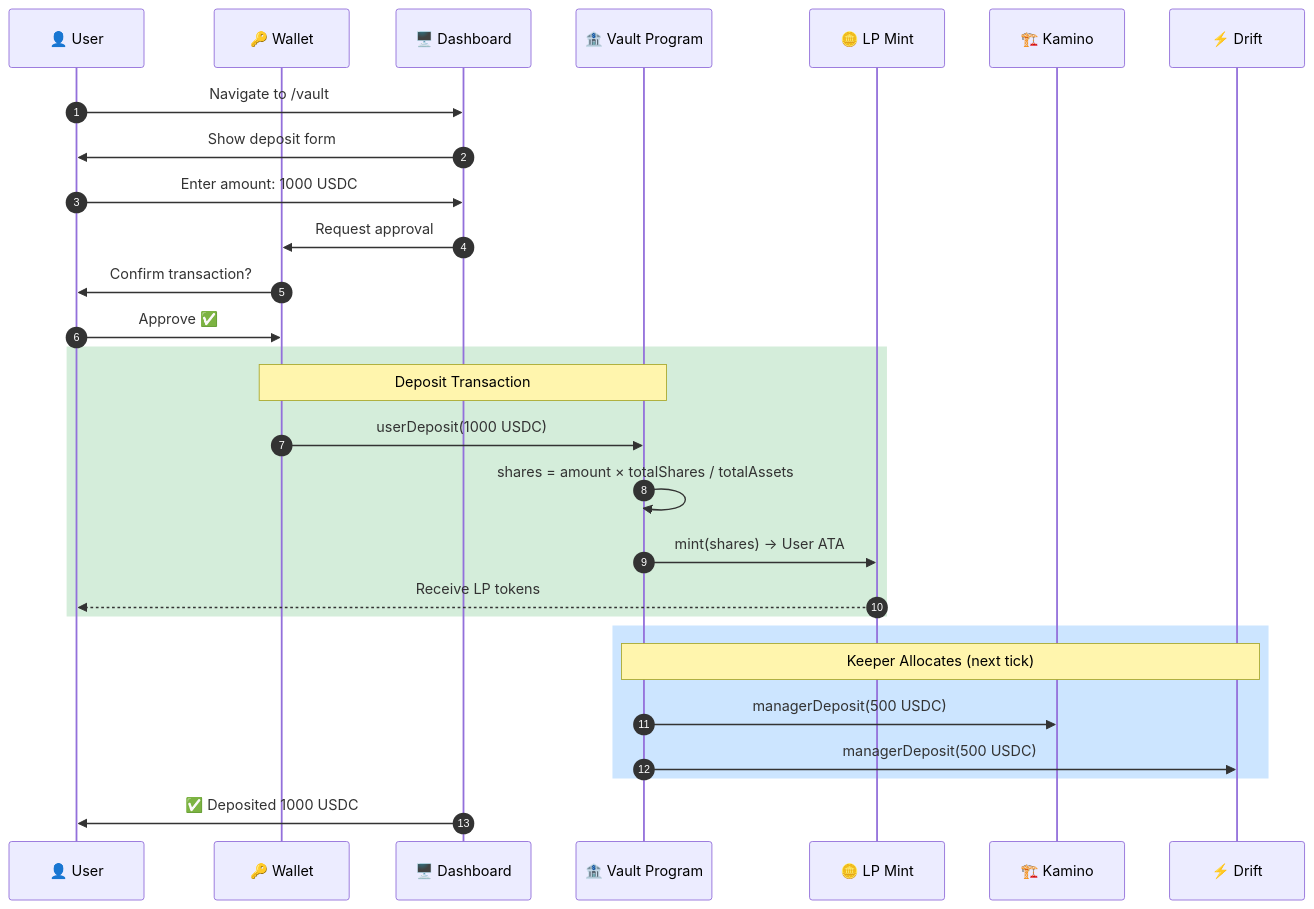
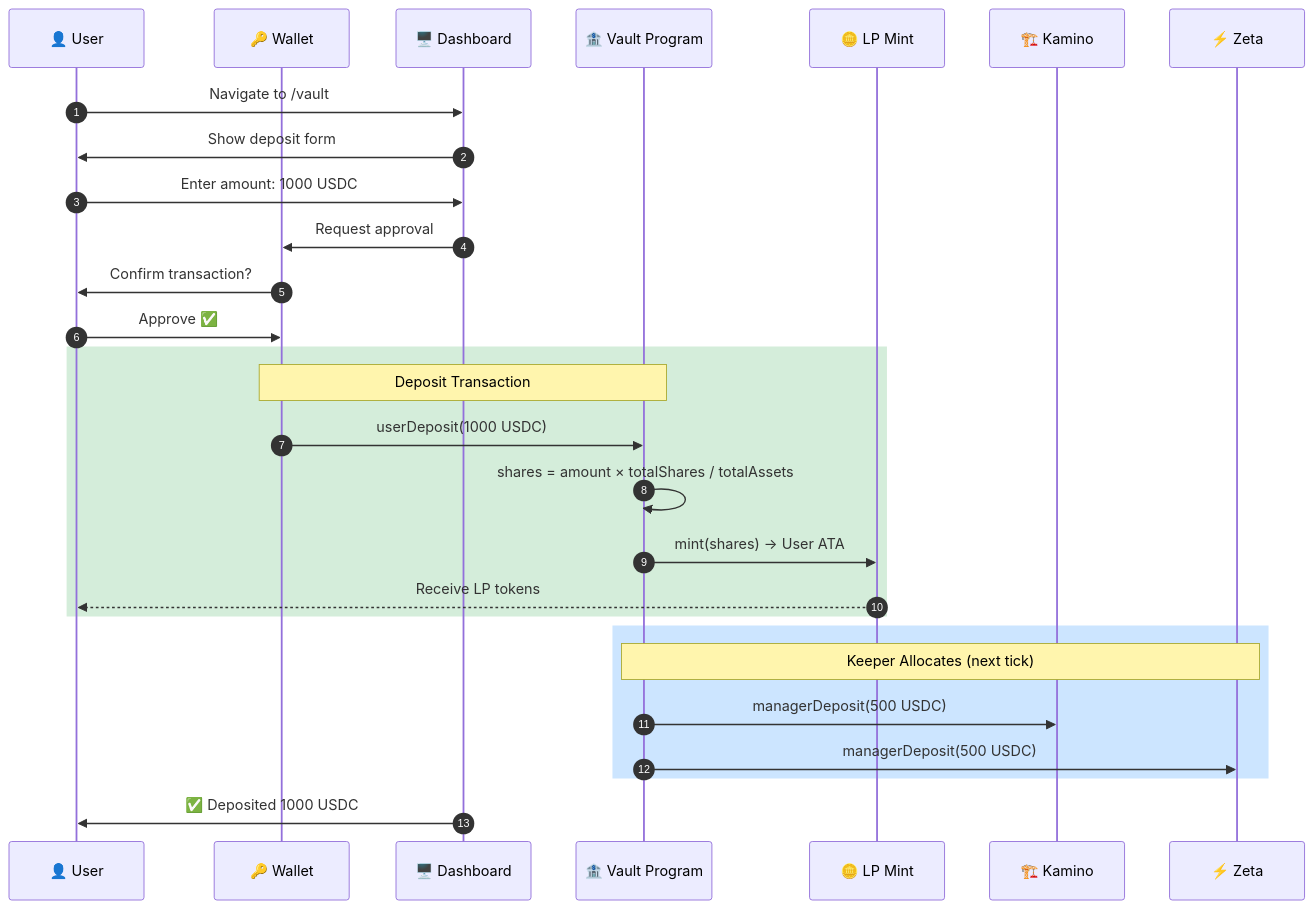
One commit to Ashutosh0x/ranger-ai-vault changed diagram 18 of 20 in docs/ARCHITECTURE.md. Above: the diagram before and after it, drawn with Mermaid. The commit also changed other lines of this file and 82 other files, not shown here.

Commit message:
feat: pivot from Drift to Zeta Markets and add walk-forward backtest results

````diff
--- a/docs/ARCHITECTURE.md
+++ b/docs/ARCHITECTURE.md
@@ -1108,34 +1108,34 @@
 ```mermaid
 sequenceDiagram
     autonumber
     participant User as 👤 User
     participant Wallet as 🔑 Wallet
     participant Dashboard as 🖥️ Dashboard
     participant Vault as 🏦 Vault Program
     participant LP as 🪙 LP Mint
     participant Kamino as 🏗️ Kamino
-    participant Drift as ⚡ Drift
+    participant Zeta as ⚡ Zeta
 
     User->>Dashboard: Navigate to /vault
     Dashboard->>User: Show deposit form
     User->>Dashboard: Enter amount: 1000 USDC
     Dashboard->>Wallet: Request approval
     Wallet->>User: Confirm transaction?
     User->>Wallet: Approve ✅
 
     rect rgb(212, 237, 218)
         Note over Wallet,Vault: Deposit Transaction
         Wallet->>Vault: userDeposit(1000 USDC)
         Vault->>Vault: shares = amount × totalShares / totalAssets
         Vault->>LP: mint(shares) → User ATA
         LP-->>User: Receive LP tokens
     end
 
     rect rgb(204, 229, 255)
-        Note over Vault,Drift: Keeper Allocates (next tick)
+        Note over Vault,Zeta: Keeper Allocates (next tick)
         Vault->>Kamino: managerDeposit(500 USDC)
-        Vault->>Drift: managerDeposit(500 USDC)
+        Vault->>Zeta: managerDeposit(500 USDC)
     end
 
     Dashboard->>User: ✅ Deposited 1000 USDC
 ```
````
